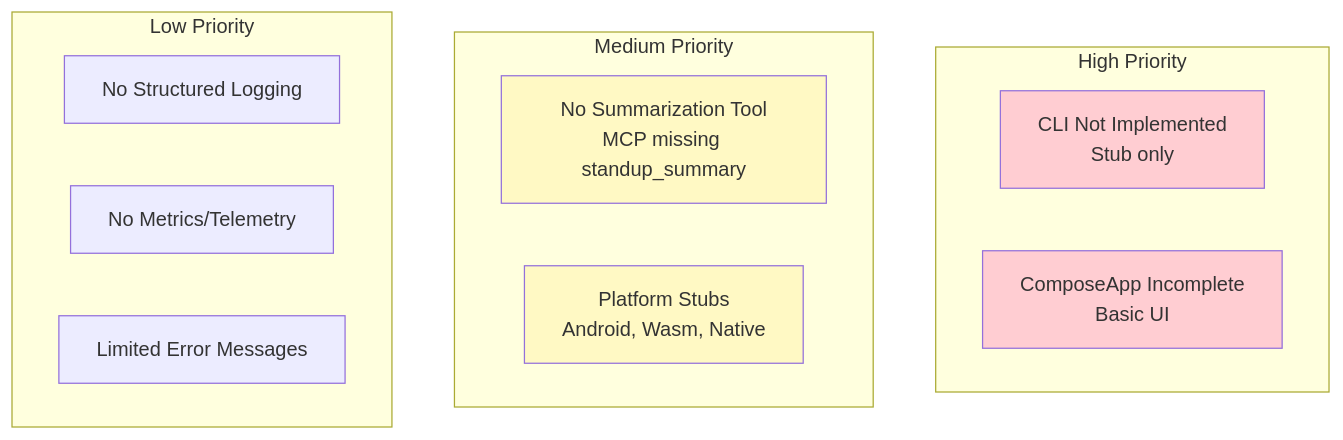
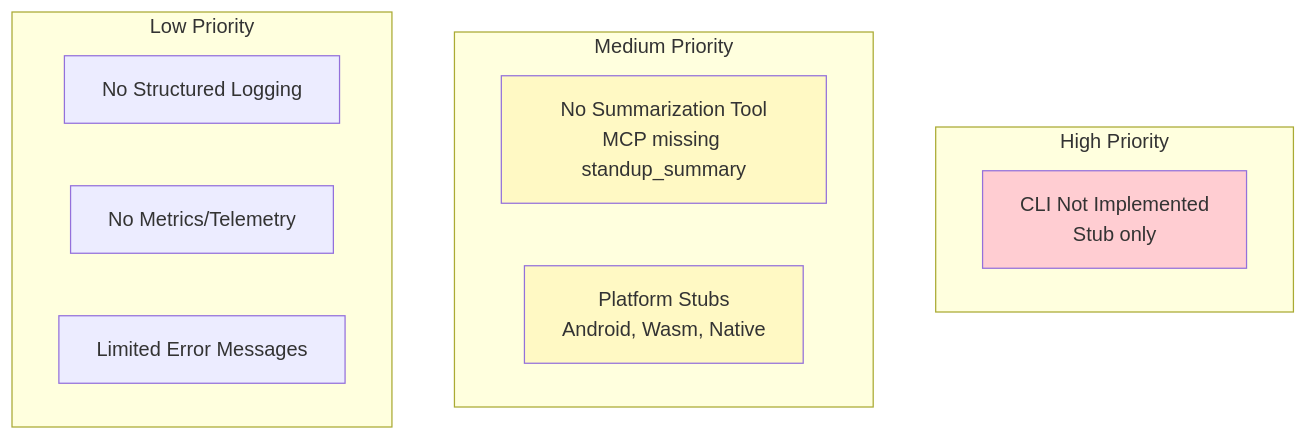
One commit to michalharakal/Daily-StandAPP changed the first of 2 diagrams in docs/modules/architecture/pages/11-risks-technical-debt.adoc. Above: the diagram before and after it, drawn with Mermaid. The commit also changed other lines of this file and 10 other files, not shown here.

First line of the commit message:
Update arc42 architecture docs to reflect current codebase

```diff
--- a/docs/modules/architecture/pages/11-risks-technical-debt.adoc
+++ b/docs/modules/architecture/pages/11-risks-technical-debt.adoc
@@ -52,24 +52,22 @@
 [mermaid]
 ----
 graph TB
     subgraph "High Priority"
         TD1[CLI Not Implemented<br/>Stub only]
-        TD2[ComposeApp Incomplete<br/>Basic UI]
     end
 
     subgraph "Medium Priority"
         TD3[No Summarization Tool<br/>MCP missing standup_summary]
         TD4[Platform Stubs<br/>Android, Wasm, Native]
     end
 
     subgraph "Low Priority"
         TD5[No Structured Logging]
         TD6[No Metrics/Telemetry]
         TD7[Limited Error Messages]
     end
 
     style TD1 fill:#ffcdd2
-    style TD2 fill:#ffcdd2
     style TD3 fill:#fff9c4
     style TD4 fill:#fff9c4
 ----
```
